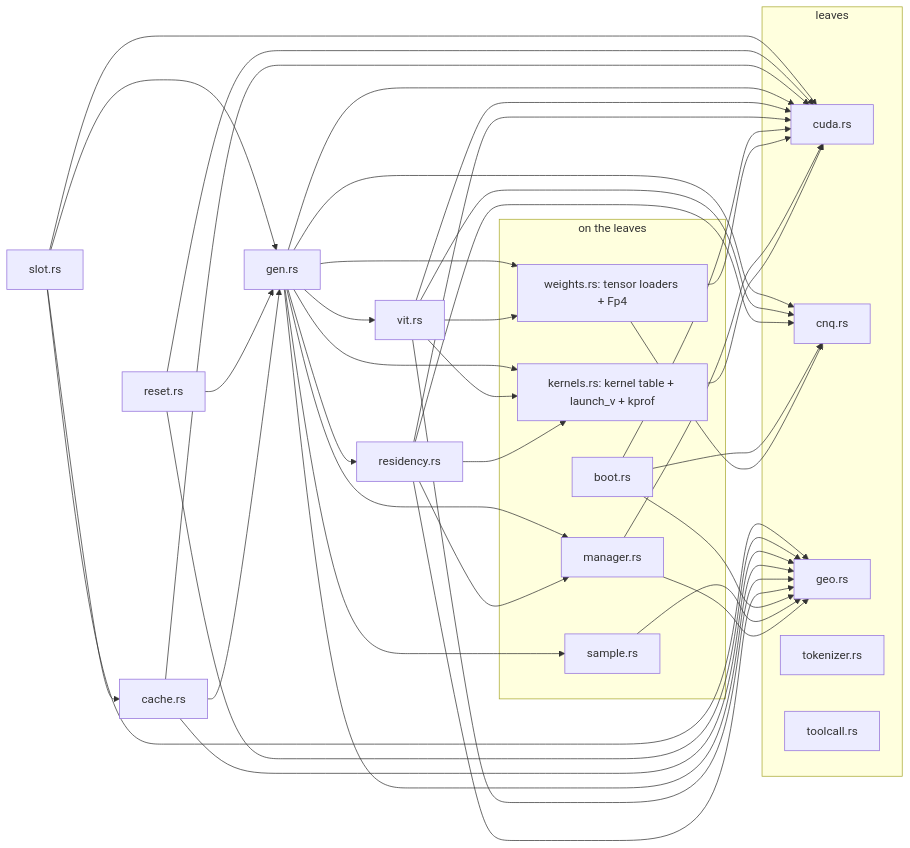
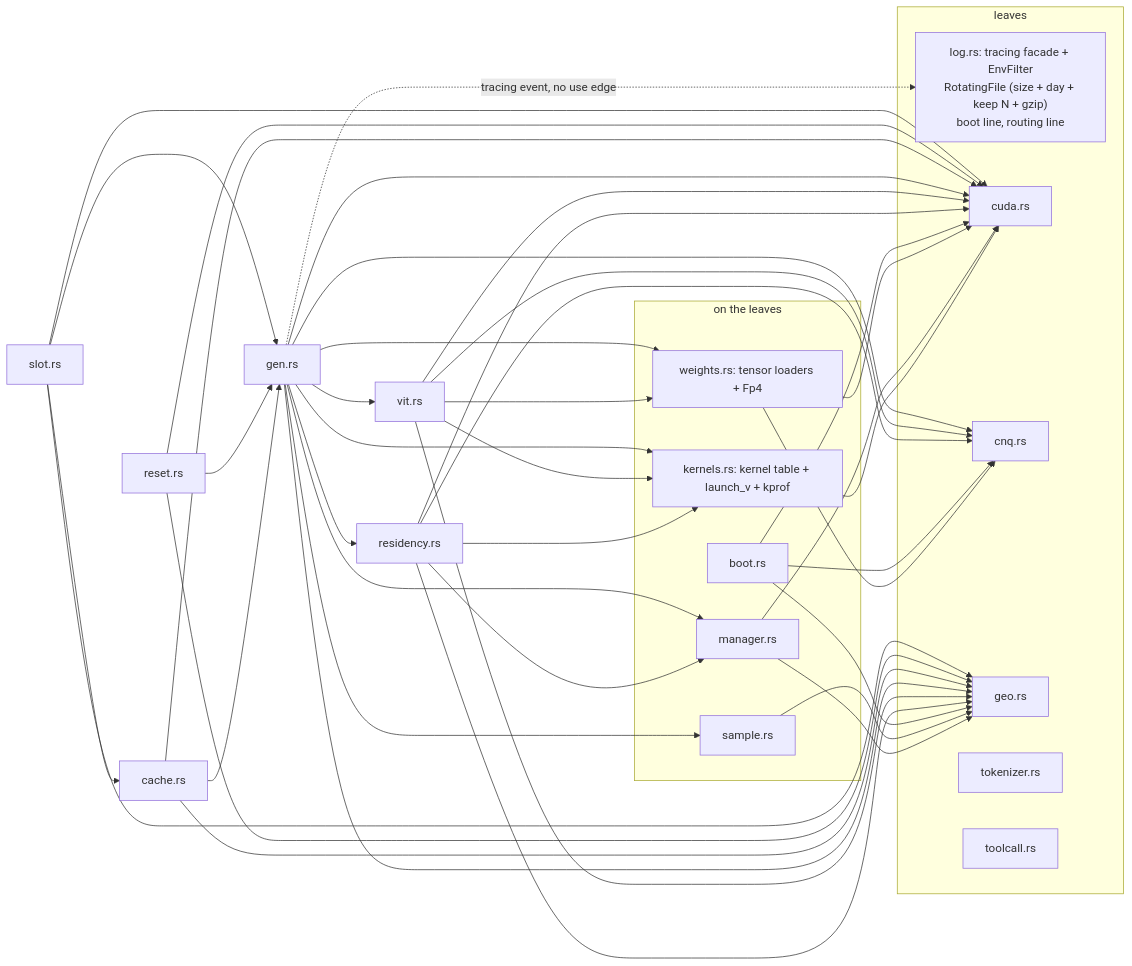
The seventh of 8 diagrams in docs/diagrams.md (nibor1896/crow-nest), drawn with Mermaid before and after one commit. The commit also changed other lines of this file and 37 other files, not shown here.

````diff
--- a/docs/diagrams.md
+++ b/docs/diagrams.md
@@ -237,10 +237,11 @@
 ```mermaid
 graph LR
-  subgraph L0[leaves]; cuda[cuda.rs]; cnq[cnq.rs]; geo[geo.rs]; tokenizer[tokenizer.rs]; toolcall[toolcall.rs]; end
+  subgraph L0[leaves]; log["log.rs: tracing facade + EnvFilter\nRotatingFile (size + day + keep N + gzip)\nboot line, routing line"]; cuda[cuda.rs]; cnq[cnq.rs]; geo[geo.rs]; tokenizer[tokenizer.rs]; toolcall[toolcall.rs]; end
   subgraph L1[on the leaves]; kernels[kernels.rs: kernel table + launch_v + kprof]; manager[manager.rs]; sample[sample.rs]; weights[weights.rs: tensor loaders + Fp4]; boot[boot.rs]; end
   residency[residency.rs]; vit[vit.rs]; gen[gen.rs]; cache[cache.rs]; reset[reset.rs]; slot[slot.rs]
   kernels --> cuda; manager --> cuda & geo; sample --> geo; weights --> cnq & cuda; boot --> cnq & cuda & geo
   residency --> cnq & cuda & geo & kernels & manager; vit --> cnq & cuda & geo & kernels & weights
   gen --> cnq & cuda & geo & kernels & manager & residency & sample & vit & weights
   cache --> cuda & gen & geo; reset --> cuda & gen & geo; slot --> cache & cuda & gen & geo
+  gen -. "tracing event, no use edge" .-> log
 ```
````
